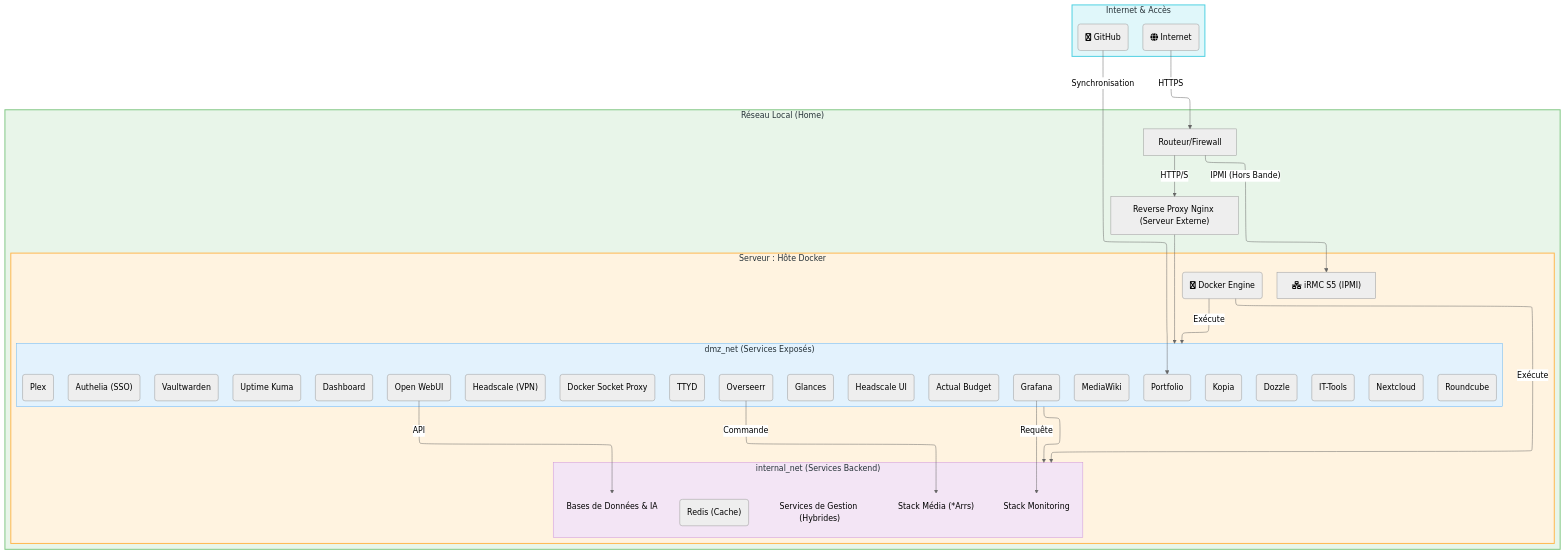
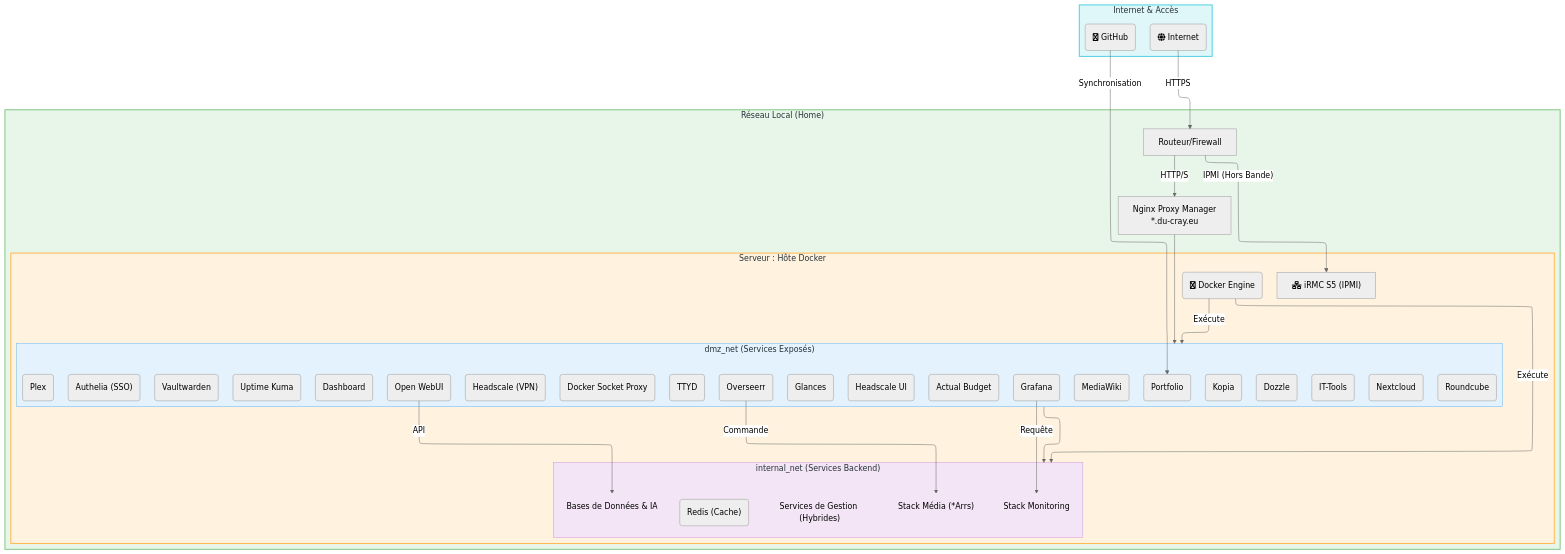
Before and after one commit to LM28000/server_doc: the diagram in networkflow.md, drawn with Mermaid. The commit also changed 8 other files, not shown here.

Commit message:
feat: Update documentation with service details, backup strategies, and network flow enhancements

````diff
--- a/networkflow.md
+++ b/networkflow.md
@@ -29,81 +29,81 @@
 ```mermaid
 ---
 config:
   layout: elk
   theme: neutral
 ---
 flowchart TD
  subgraph RESEAU_EXTERNE["Internet & Accès"]
         INET("fa:fa-globe Internet")
         GH("fa:fa-github GitHub")
   end
  subgraph DMZ_NET["dmz_net (Services Exposés)"]
     direction LR
         DASH("Dashboard")
         AUTH("Authelia (SSO)")
         HS("Headscale (VPN)")
         HSUI("Headscale UI")
         RC("Roundcube")
         AB("Actual Budget")
         PL("Plex")
         OS("Overseerr")
         VW("Vaultwarden")
         NC("Nextcloud")
         P("Portfolio")
         GF("Grafana")
         UK("Uptime Kuma")
         DZ("Dozzle")
         GL("Glances")
         IT("IT-Tools")
         MW("MediaWiki")
         KP("Kopia")
         TTYD("TTYD")
         DSP("Docker Socket Proxy")
         OWUI("Open WebUI")
   end
  subgraph INTERNAL_NET["internal_net (Services Backend)"]
     direction TB
         DB_AI("Bases de Données & IA")
         MEDIA_STACK("Stack Média (*Arrs)")
         MONITORING("Stack Monitoring")
         REDIS("Redis (Cache)")
         OPS("Services de Gestion (Hybrides)")
   end
  subgraph HOST["Serveur : Hôte Docker"]
         IRMC["fa:fa-network-wired iRMC S5 (IPMI)"]
         DE["fa:fa-docker Docker Engine"]
         DMZ_NET
         INTERNAL_NET
   end
  subgraph RESEAU_LOCAL["Réseau Local (Home)"]
     direction TB
         ROUTEUR["Routeur/Firewall"]
         NGINX["Reverse Proxy Nginx (Serveur Externe)"]
         HOST
   end
     INET -- HTTPS --> ROUTEUR
     GH -- Synchronisation --> P
     ROUTEUR -- HTTP/S --> NGINX
     ROUTEUR -- IPMI (Hors Bande) --> IRMC
-    NGINX --> DMZ_NET
+    NGINX["Nginx Proxy Manager<br/>*.du-cray.eu"] --> DMZ_NET
     DE -- Exécute --> DMZ_NET & INTERNAL_NET
     DMZ_NET --> INTERNAL_NET
     OWUI -- API --> DB_AI
     OS -- Commande --> MEDIA_STACK
     GF -- Requête --> MONITORING
     DE@{ shape: rounded}
     
     %% Nouveaux Styles pour un look plus clean et pro
     style RESEAU_EXTERNE fill:#e0f7fa,stroke:#4dd0e1,stroke-width:2px,color:#263238
     style RESEAU_LOCAL fill:#e8f5e9,stroke:#81c784,stroke-width:2px,color:#263238
     
     style HOST fill:#fff3e0,stroke:#ffb74d,stroke-width:2px,color:#263238
     
     style DMZ_NET fill:#e3f2fd,stroke:#64b5f6,stroke-width:1px,color:#263238
     style INTERNAL_NET fill:#f3e5f5,stroke:#ce93d8,stroke-width:1px,color:#263238
 
     style DB_AI fill:transparent,stroke:transparent
     style MEDIA_STACK fill:transparent,stroke:transparent
     style MONITORING fill:transparent,stroke:transparent
     style OPS fill:transparent,stroke:transparent
 ```
````
